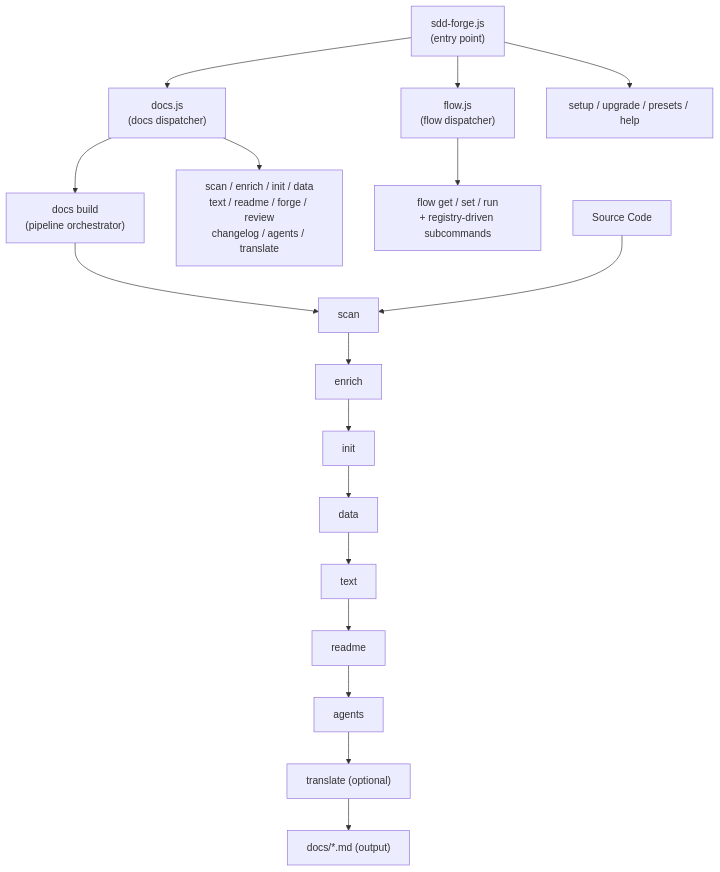
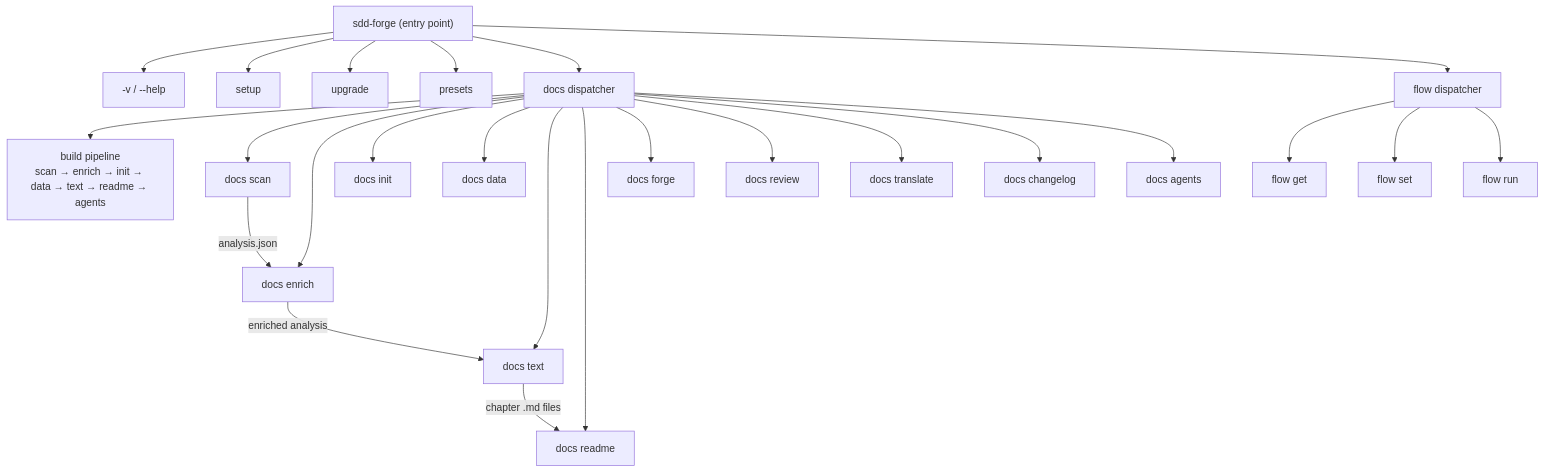
Before and after one commit to SpreadWorks/sdd-forge: the diagram in docs/overview.md, drawn with Mermaid. The commit also changed other lines of this file and 6 other files, not shown here.

````diff
--- a/docs/overview.md
+++ b/docs/overview.md
@@ -29,23 +29,30 @@
 ```mermaid
 flowchart TD
-    Entry["sdd-forge.js\n(entry point)"] --> NS_DOCS["docs.js\n(docs dispatcher)"]
-    Entry --> NS_FLOW["flow.js\n(flow dispatcher)"]
-    Entry --> IND["setup / upgrade / presets / help"]
+    CLI["sdd-forge (entry point)"] --> VH["-v / --help"]
+    CLI --> SETUP["setup"]
+    CLI --> UPGRADE["upgrade"]
+    CLI --> PRESETS["presets"]
+    CLI --> DOCS["docs dispatcher"]
+    CLI --> FLOW["flow dispatcher"]
 
-    NS_DOCS --> BUILD["docs build\n(pipeline orchestrator)"]
-    NS_DOCS --> SUB_DOCS["scan / enrich / init / data\ntext / readme / forge / review\nchangelog / agents / translate"]
+    DOCS --> BUILD["build pipeline\nscan → enrich → init → data → text → readme → agents"]
+    DOCS --> SCAN["docs scan"]
+    DOCS --> ENRICH["docs enrich"]
+    DOCS --> INIT["docs init"]
+    DOCS --> DATA["docs data"]
+    DOCS --> TEXT["docs text"]
+    DOCS --> README["docs readme"]
+    DOCS --> FORGE["docs forge"]
+    DOCS --> REVIEW["docs review"]
+    DOCS --> TRANSLATE["docs translate"]
+    DOCS --> CHANGELOG["docs changelog"]
+    DOCS --> AGENTS["docs agents"]
 
-    NS_FLOW --> FLOW_CMD["flow get / set / run\n+ registry-driven subcommands"]
+    FLOW --> FGET["flow get"]
+    FLOW --> FSET["flow set"]
+    FLOW --> FRUN["flow run"]
 
-    BUILD --> P1["scan"]
-    P1 --> P2["enrich"]
-    P2 --> P3["init"]
-    P3 --> P4["data"]
-    P4 --> P5["text"]
-    P5 --> P6["readme"]
-    P6 --> P7["agents"]
-    P7 --> P8["translate (optional)"]
-
-    SRC["Source Code"] --> P1
-    P8 --> OUT["docs/*.md (output)"]
+    SCAN -->|"analysis.json"| ENRICH
+    ENRICH -->|"enriched analysis"| TEXT
+    TEXT -->|"chapter .md files"| README
 ```
````
